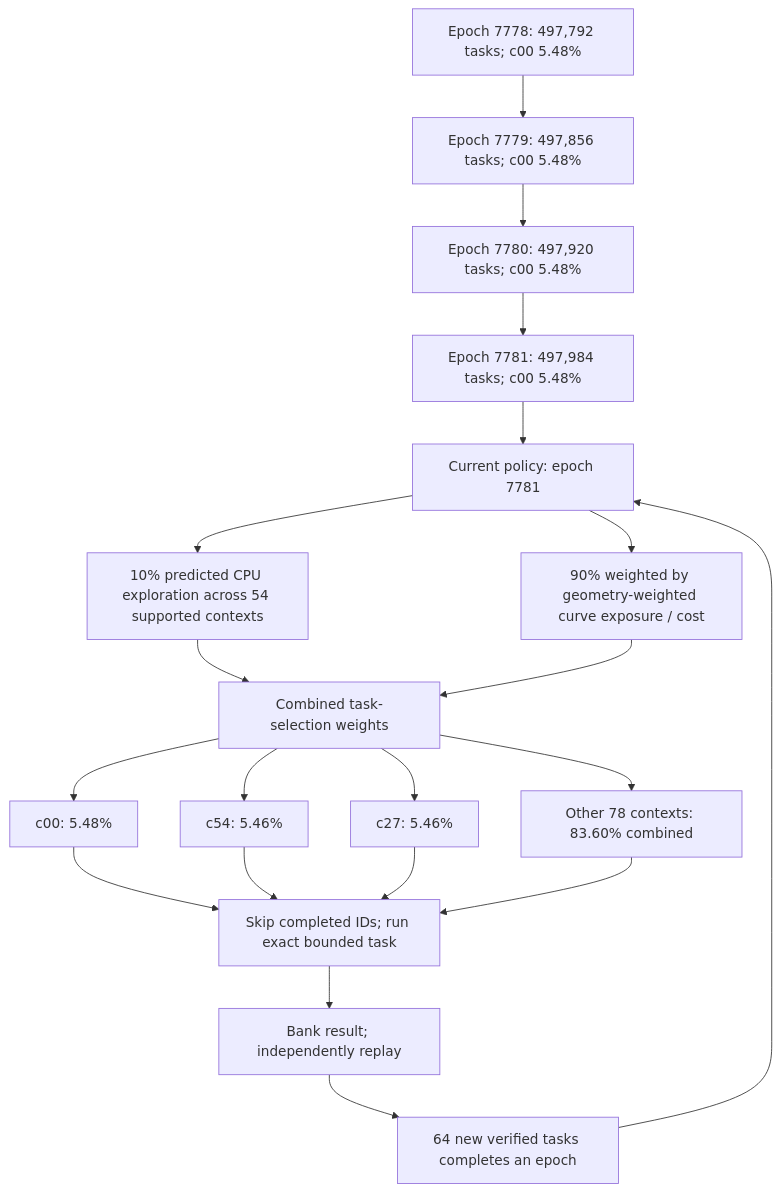
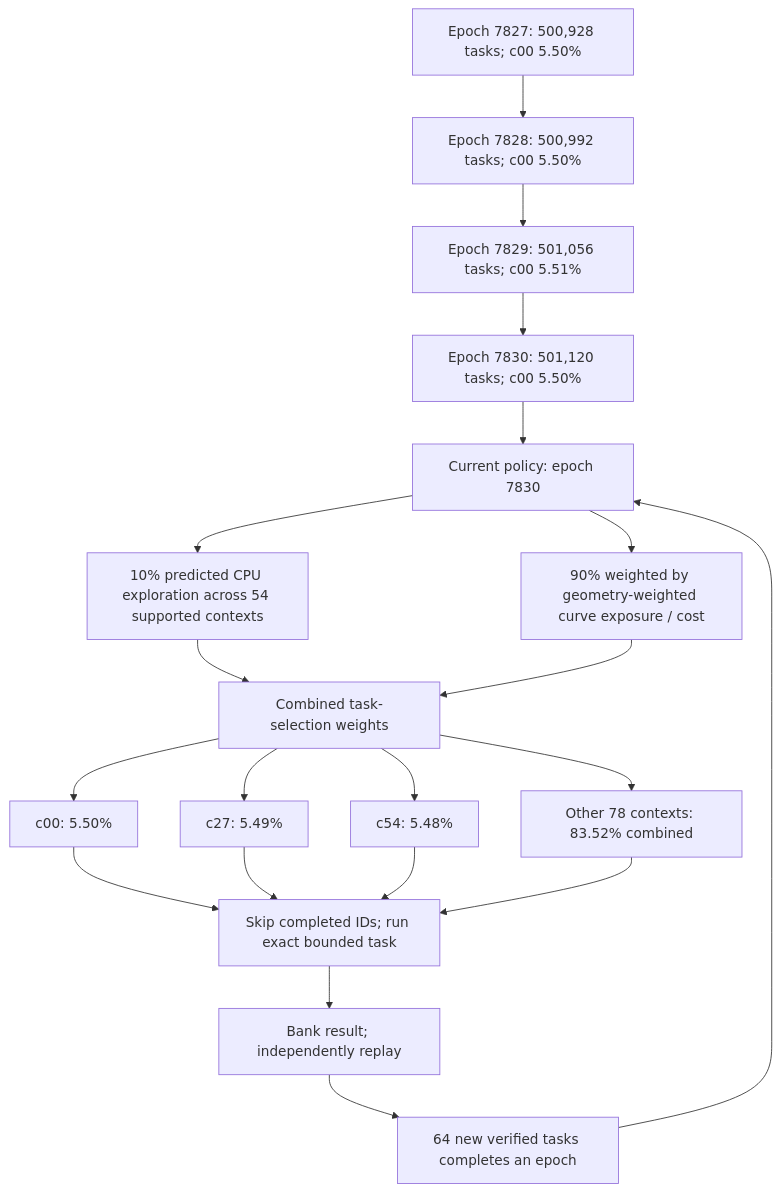
Before and after one commit to Kuberwastaken/math-gambling: the first of 4 diagrams in README.md, drawn with Mermaid. The commit also changed other lines of this file and 7363 other files, not shown here.

````diff
--- a/README.md
+++ b/README.md
@@ -60,27 +60,27 @@
 ```mermaid
 flowchart TD
-    H0["Epoch 7778: 497,792 tasks; c00 5.48%"]
-    H1["Epoch 7779: 497,856 tasks; c00 5.48%"]
+    H0["Epoch 7827: 500,928 tasks; c00 5.50%"]
+    H1["Epoch 7828: 500,992 tasks; c00 5.50%"]
     H0 --> H1
-    H2["Epoch 7780: 497,920 tasks; c00 5.48%"]
+    H2["Epoch 7829: 501,056 tasks; c00 5.51%"]
     H1 --> H2
-    H3["Epoch 7781: 497,984 tasks; c00 5.48%"]
+    H3["Epoch 7830: 501,120 tasks; c00 5.50%"]
     H2 --> H3
-    Policy["Current policy: epoch 7781"]
+    Policy["Current policy: epoch 7830"]
     H3 --> Policy
     Policy --> Explore["10% predicted CPU exploration across 54 supported contexts"]
     Policy --> Cost["90% weighted by geometry-weighted curve exposure / cost"]
     Explore --> Mix["Combined task-selection weights"]
     Cost --> Mix
-    Mix --> C0["c00: 5.48%"]
-    Mix --> C1["c54: 5.46%"]
-    Mix --> C2["c27: 5.46%"]
-    Mix --> Rest["Other 78 contexts: 83.60% combined"]
+    Mix --> C0["c00: 5.50%"]
+    Mix --> C1["c27: 5.49%"]
+    Mix --> C2["c54: 5.48%"]
+    Mix --> Rest["Other 78 contexts: 83.52% combined"]
     C0 --> Check["Skip completed IDs; run exact bounded task"]
     C1 --> Check
     C2 --> Check
     Rest --> Check
     Check --> Replay["Bank result; independently replay"]
     Replay --> Gate["64 new verified tasks completes an epoch"]
     Gate --> Policy
 ```
````
